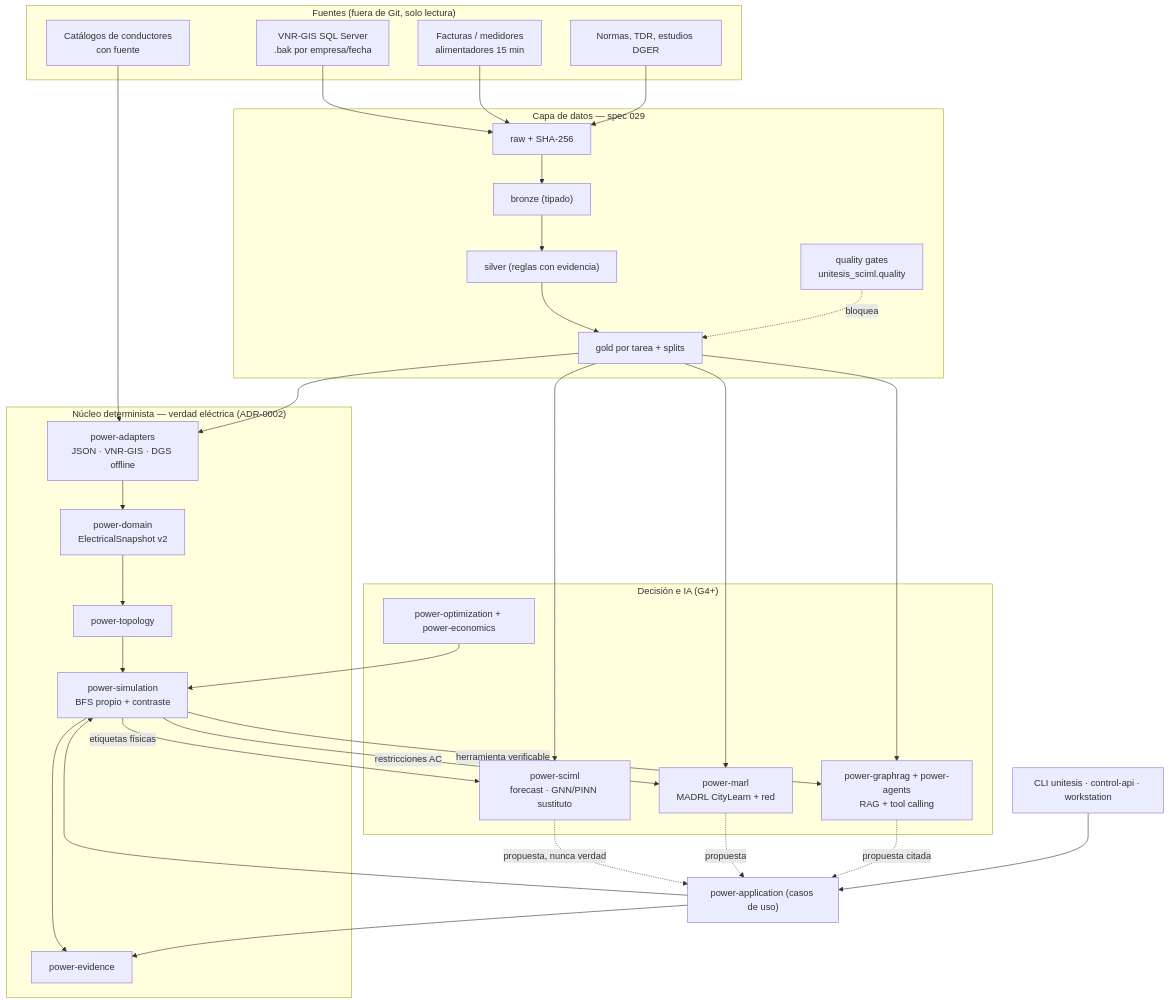
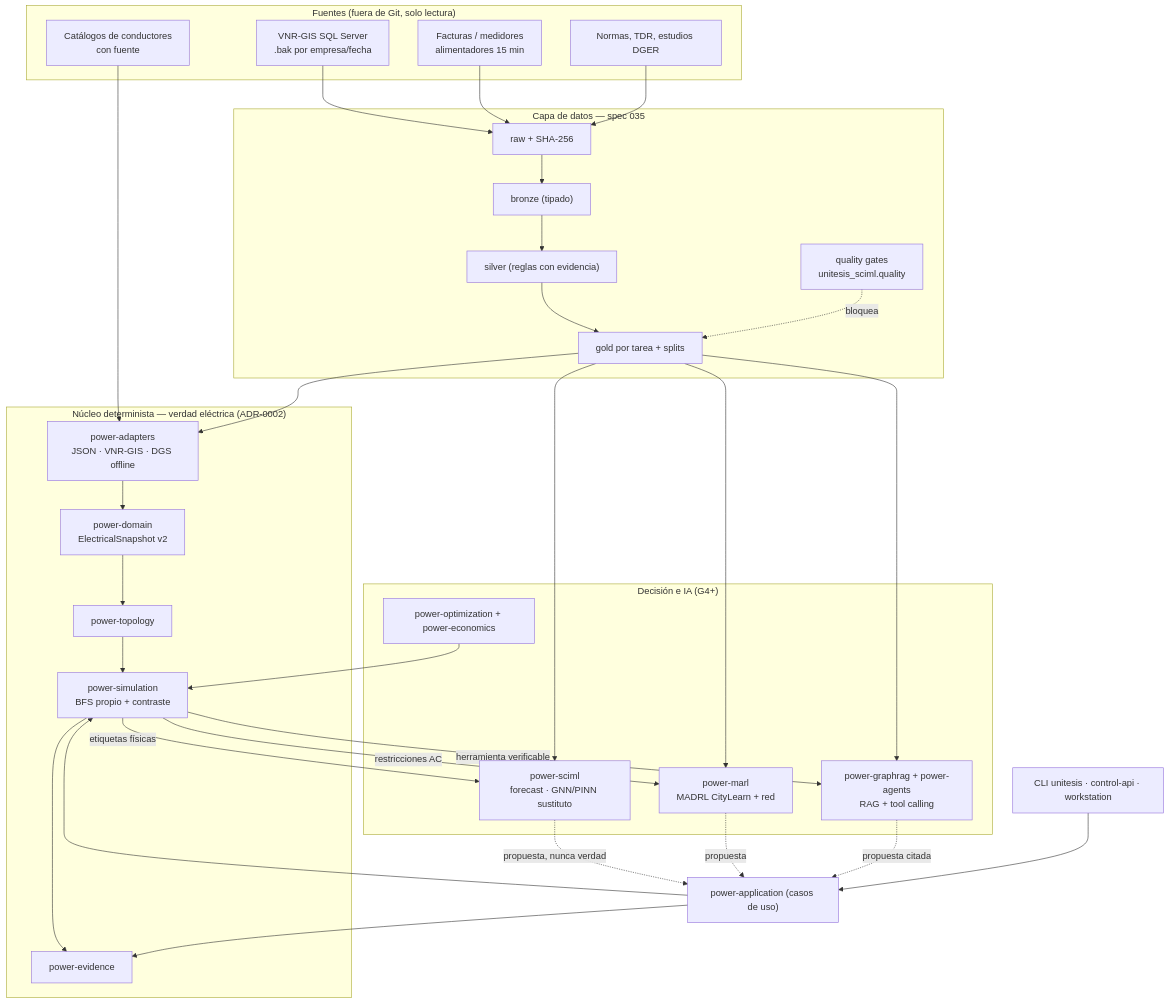
Before and after one commit to Mac-Tapia/power-intelligence: the diagram in docs/architecture/ARCHITECTURE-INTEGRAL.md, drawn with Mermaid. The commit also changed other lines of this file and 226 other files, not shown here.

````diff
--- a/docs/architecture/ARCHITECTURE-INTEGRAL.md
+++ b/docs/architecture/ARCHITECTURE-INTEGRAL.md
@@ -32,46 +32,46 @@
 ```mermaid
 flowchart TB
   subgraph Fuentes["Fuentes (fuera de Git, solo lectura)"]
     VNR["VNR-GIS SQL Server<br/>.bak por empresa/fecha"]
     BILL["Facturas / medidores<br/>alimentadores 15 min"]
     DOCS["Normas, TDR, estudios DGER"]
     CAT["Catálogos de conductores<br/>con fuente"]
   end
-  subgraph Datos["Capa de datos — spec 029"]
+  subgraph Datos["Capa de datos — spec 035"]
     RAW["raw + SHA-256"] --> BRZ["bronze (tipado)"] --> SLV["silver (reglas con evidencia)"] --> GLD["gold por tarea + splits"]
     QA["quality gates<br/>unitesis_sciml.quality"]
   end
   subgraph Nucleo["Núcleo determinista — verdad eléctrica (ADR-0002)"]
     ADP["power-adapters<br/>JSON · VNR-GIS · DGS offline"] --> DOM["power-domain<br/>ElectricalSnapshot v2"]
     DOM --> TOP["power-topology"] --> SIM["power-simulation<br/>BFS propio + contraste"]
     SIM --> EVD["power-evidence"]
   end
   subgraph Decision["Decisión e IA (G4+)"]
     OPT["power-optimization + power-economics"]
     SCI["power-sciml<br/>forecast · GNN/PINN sustituto"]
     MARL["power-marl<br/>MADRL CityLearn + red"]
     LLM["power-graphrag + power-agents<br/>RAG + tool calling"]
   end
   APP["power-application (casos de uso)"]
   UI["CLI unitesis · control-api · workstation"]
 
   VNR --> RAW
   BILL --> RAW
   DOCS --> RAW
   CAT --> ADP
   GLD --> ADP
   GLD --> SCI
   GLD --> MARL
   GLD --> LLM
   QA -. bloquea .-> GLD
   SIM -- etiquetas físicas --> SCI
   SIM -- restricciones AC --> MARL
   SIM -- herramienta verificable --> LLM
   OPT --> SIM
   SCI -. propuesta, nunca verdad .-> APP
   MARL -. propuesta .-> APP
   LLM -. propuesta citada .-> APP
   APP --> SIM
   APP --> EVD
   UI --> APP
 ```
````
